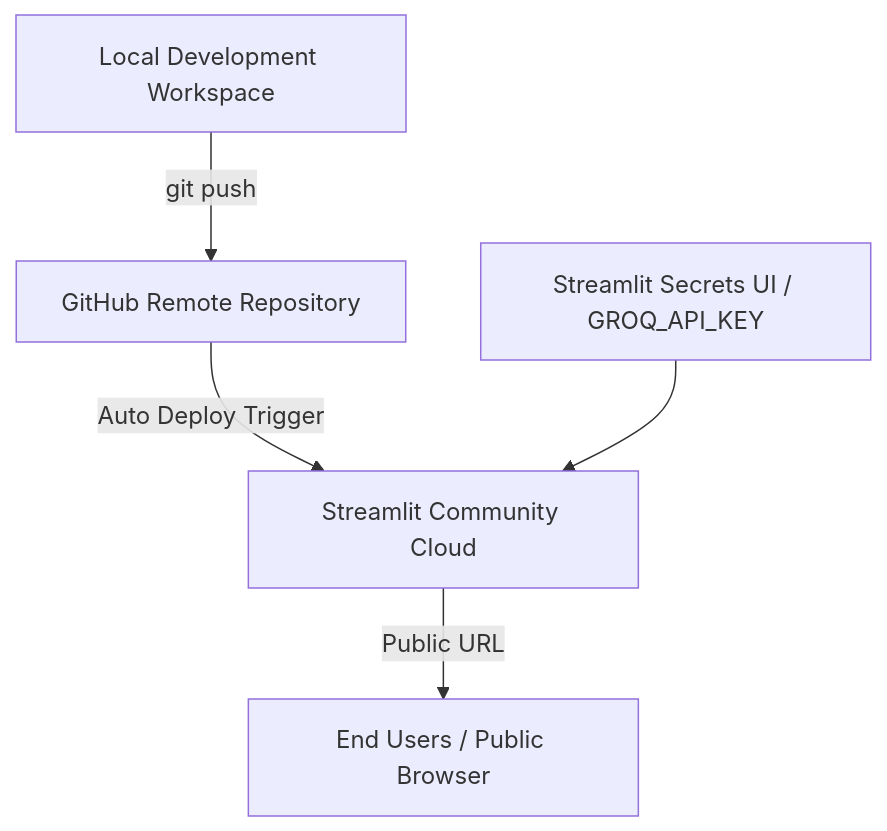
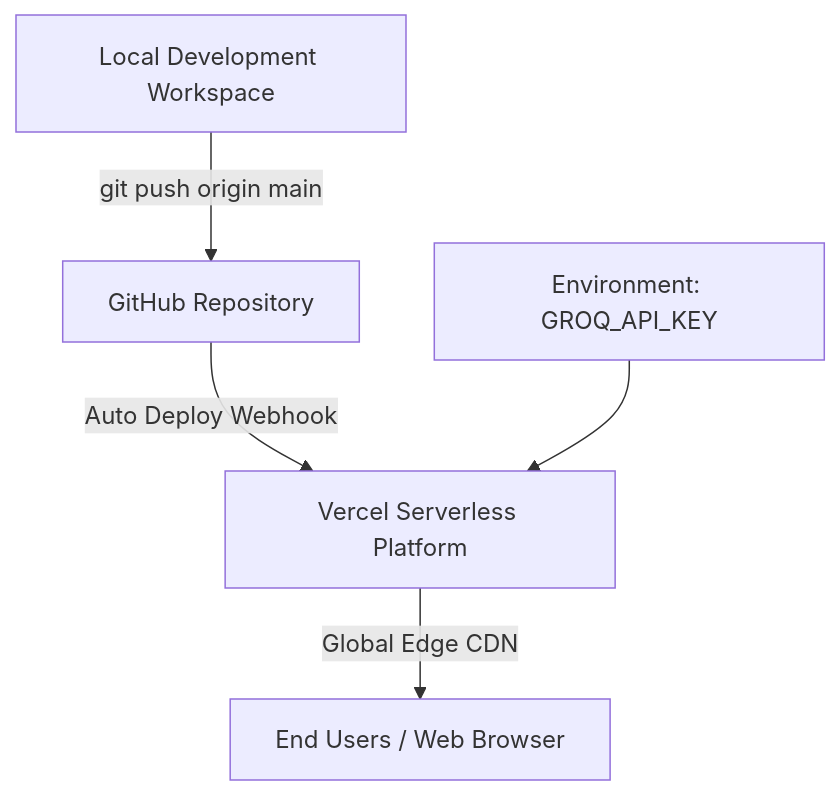
Before and after one commit to Rushi10082005/Second-Self: the diagram in Docs/deployment-plan.md, drawn with Mermaid. The commit also changed other lines of this file and 29 other files, not shown here.

Commit message:
feat: implement modern Obsidian-slate UI and Vercel serverless integration

````diff
--- a/Docs/deployment-plan.md
+++ b/Docs/deployment-plan.md
@@ -14,7 +19,7 @@
 ```mermaid
 flowchart TD
-    LOCAL[Local Development Workspace] -->|git push| GITHUB[GitHub Remote Repository]
-    GITHUB -->|Auto Deploy Trigger| STREAMLIT[Streamlit Community Cloud]
-    SECRETS[Streamlit Secrets UI / GROQ_API_KEY] --> STREAMLIT
-    STREAMLIT -->|Public URL| USERS[End Users / Public Browser]
+    LOCAL[Local Development Workspace] -->|git push origin main| GITHUB[GitHub Repository]
+    GITHUB -->|Auto Deploy Webhook| VERCEL[Vercel Serverless Platform]
+    GROQ_KEY[Environment: GROQ_API_KEY] --> VERCEL
+    VERCEL -->|Global Edge CDN| USERS[End Users / Web Browser]
 ```
````
